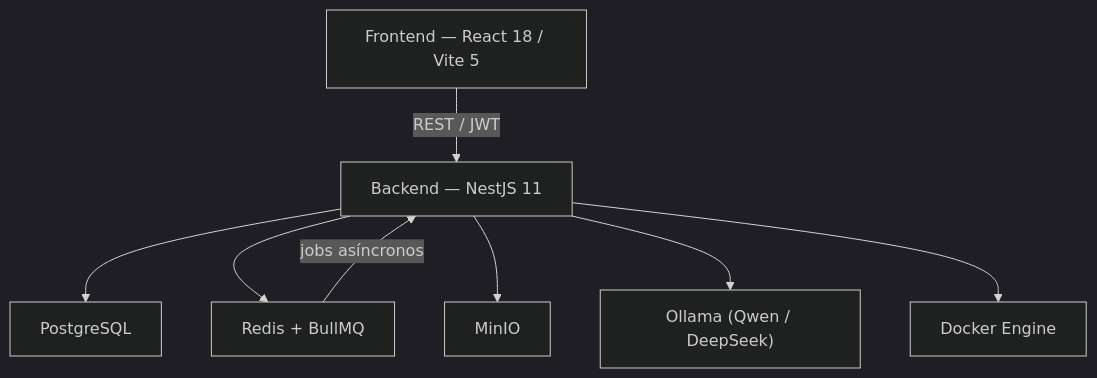
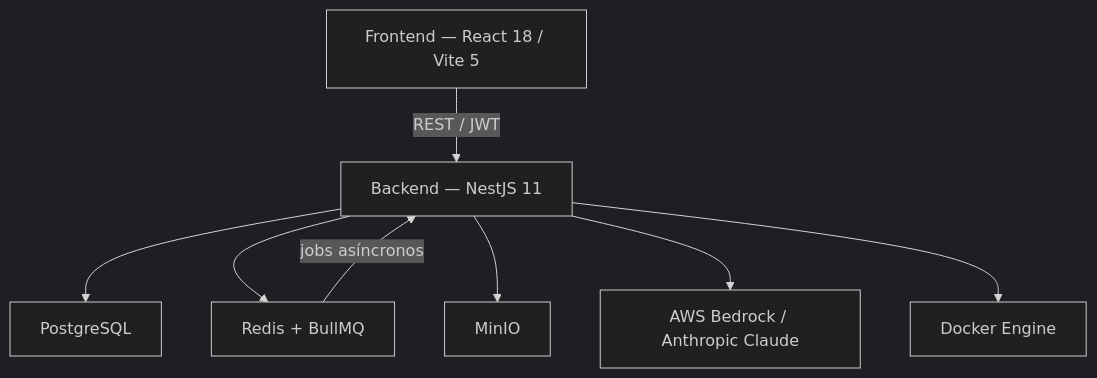
Before and after one commit to agu-aariza/DockUS: the diagram in README.md, drawn with Mermaid (dark theme). The commit also changed other lines of this file and 36 other files, not shown here.

````diff
--- a/README.md
+++ b/README.md
@@ -7,18 +9,18 @@
 ```mermaid
 graph TD
     UI["Frontend — React 18 / Vite 5"]
     API["Backend — NestJS 11"]
     DB["PostgreSQL"]
     RQ["Redis + BullMQ"]
     S3["MinIO"]
-    LLM["Ollama (Qwen / DeepSeek)"]
+    LLM["AWS Bedrock / Anthropic Claude"]
     RT["Docker Engine"]
 
     UI -->|REST / JWT| API
     API --> DB
     API --> RQ
     API --> S3
     API --> LLM
     API --> RT
     RQ -->|jobs asíncronos| API
 ```
````
